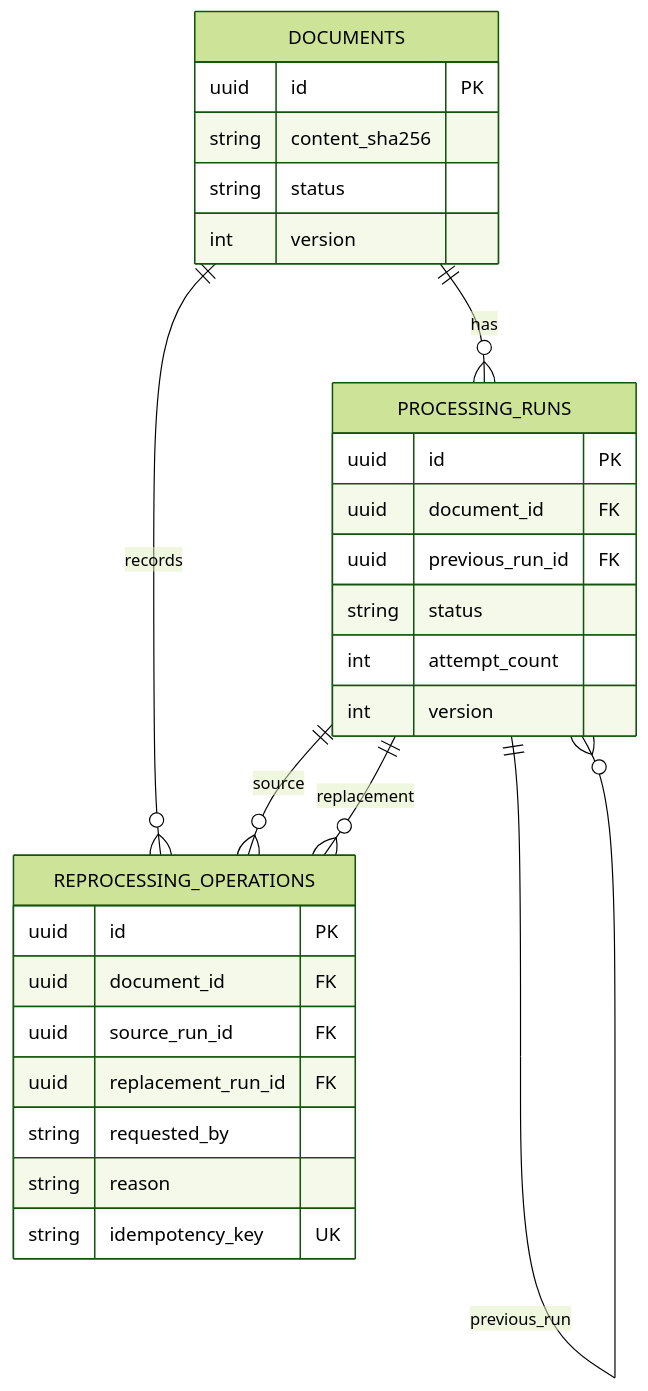
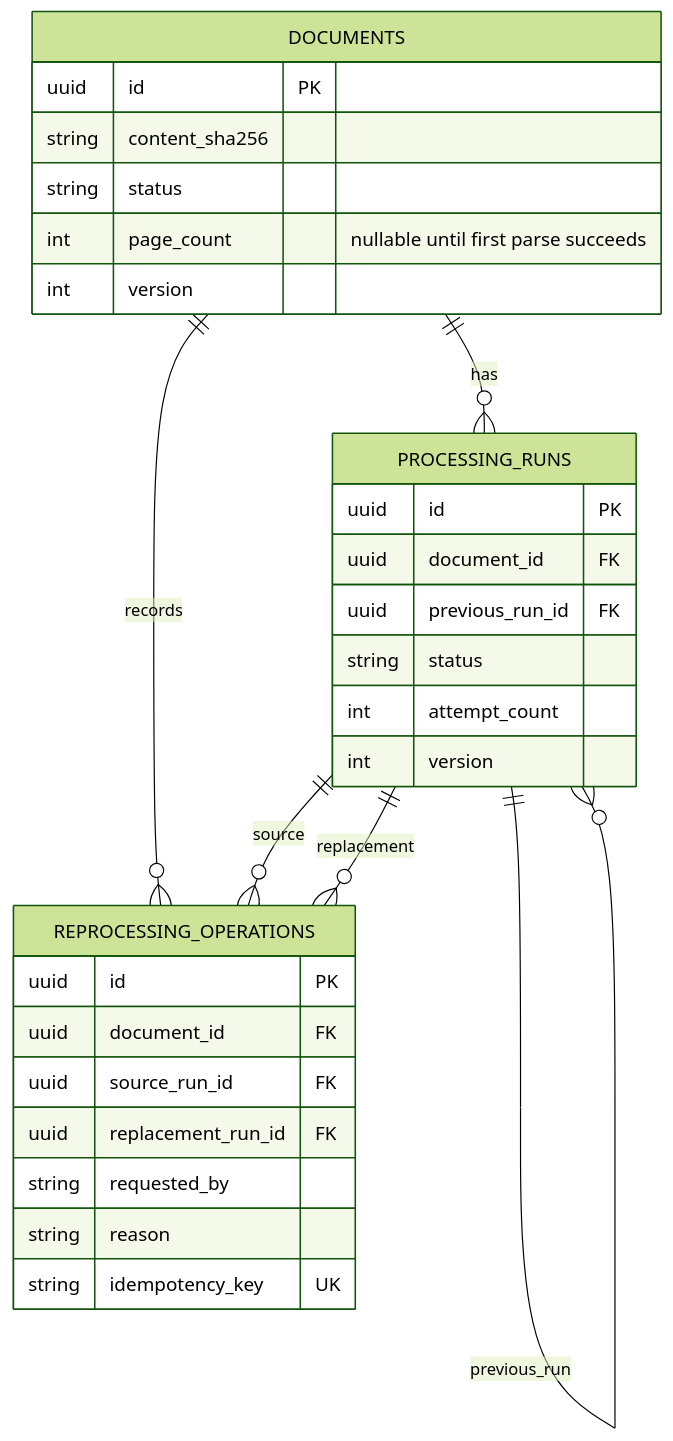
One commit to PietroRussoD/ai-document-processing-platform changed diagram 12 of 16 in docs/architecture.md. Above: the diagram before and after it, drawn with Mermaid (forest theme). The commit also changed other lines of this file, not shown here.

Commit message:
📝 Document isolated parser architecture

````diff
--- a/docs/architecture.md
+++ b/docs/architecture.md
@@ -639,31 +652,32 @@
 ```mermaid
 erDiagram
     DOCUMENTS ||--o{ PROCESSING_RUNS : has
     PROCESSING_RUNS ||--o{ PROCESSING_RUNS : previous_run
     DOCUMENTS ||--o{ REPROCESSING_OPERATIONS : records
     PROCESSING_RUNS ||--o{ REPROCESSING_OPERATIONS : source
     PROCESSING_RUNS ||--o{ REPROCESSING_OPERATIONS : replacement
     DOCUMENTS {
         uuid id PK
         string content_sha256
         string status
+        int page_count "nullable until first parse succeeds"
         int version
     }
     PROCESSING_RUNS {
         uuid id PK
         uuid document_id FK
         uuid previous_run_id FK
         string status
         int attempt_count
         int version
     }
     REPROCESSING_OPERATIONS {
         uuid id PK
         uuid document_id FK
         uuid source_run_id FK
         uuid replacement_run_id FK
         string requested_by
         string reason
         string idempotency_key UK
     }
 ```
````
